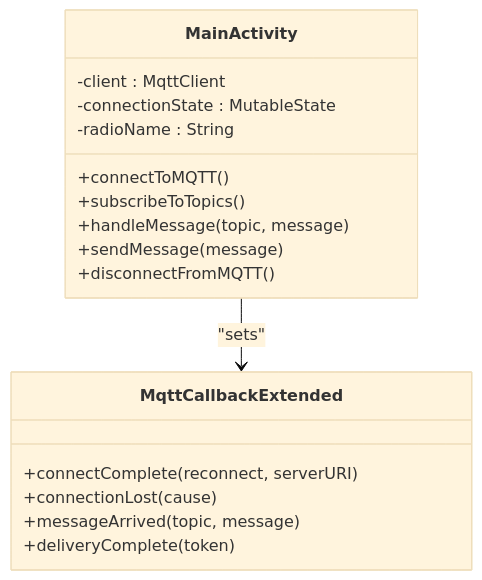
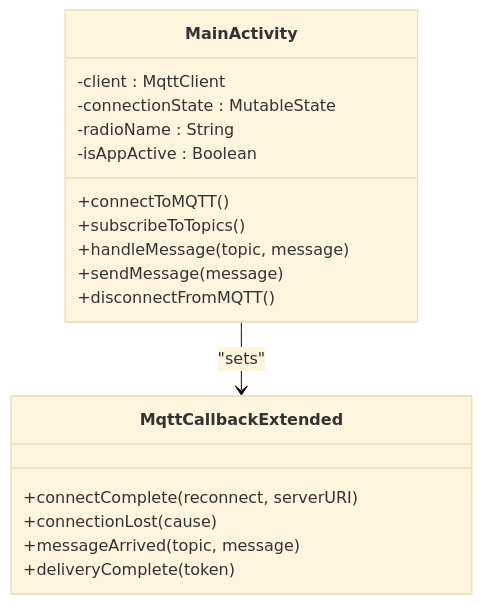
The fifth of 7 diagrams in .qoder/repowiki/en/content/Android Application/MQTT Communication Layer.md (dip16igor/Webradio), drawn with Mermaid (base theme) before and after one commit. The commit also changed other lines of this file and 2 other files, not shown here.

````diff
--- a/.qoder/repowiki/en/content/Android Application/MQTT Communication Layer.md
+++ b/.qoder/repowiki/en/content/Android Application/MQTT Communication Layer.md
@@ -176,20 +207,21 @@
 ```mermaid
 classDiagram
 class MqttCallbackExtended {
 +connectComplete(reconnect, serverURI)
 +connectionLost(cause)
 +messageArrived(topic, message)
 +deliveryComplete(token)
 }
 class MainActivity {
 -client : MqttClient
 -connectionState : MutableState
 -radioName : String
+-isAppActive : Boolean
 +connectToMQTT()
 +subscribeToTopics()
 +handleMessage(topic, message)
 +sendMessage(message)
 +disconnectFromMQTT()
 }
 MainActivity --> MqttCallbackExtended : "sets"
 ```
````
